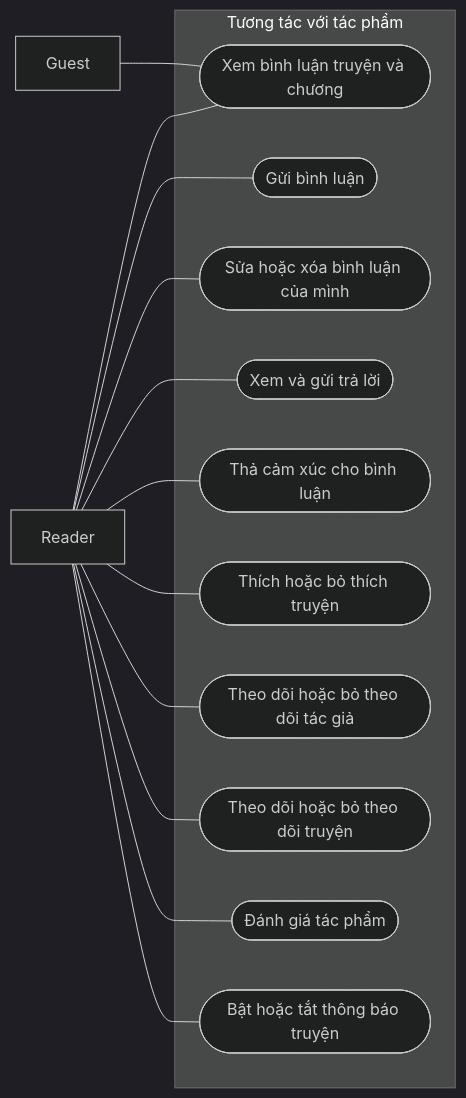
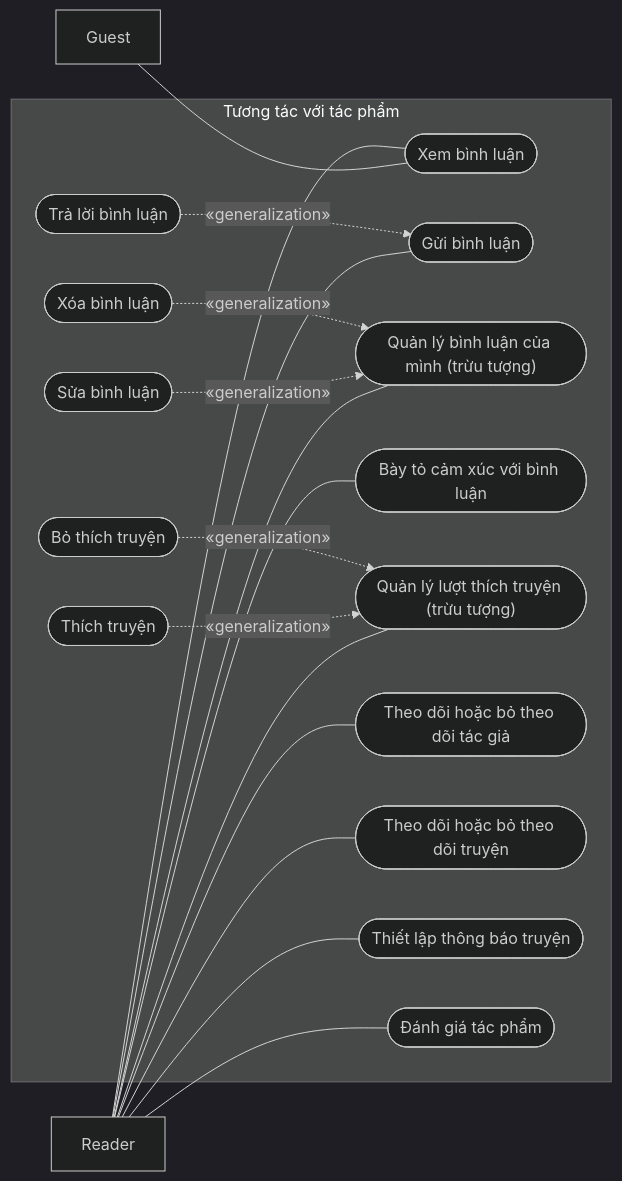
The second of 3 diagrams in docs/chuong-3-so-do/01a-usecase-doc-gia.md (Ephurin/Novel_sharing_platform), drawn with Mermaid (dark theme) before and after one commit. The commit also changed other lines of this file, not shown here.

Commit message:
docs: correct use case hierarchy and UML relationships

````diff
--- a/docs/chuong-3-so-do/01a-usecase-doc-gia.md
+++ b/docs/chuong-3-so-do/01a-usecase-doc-gia.md
@@ -46,28 +55,36 @@
 ```mermaid
 flowchart LR
     G["Guest"]
     R["Reader"]
     subgraph SYS["Tương tác với tác phẩm"]
-        U1(["Xem bình luận truyện và chương"])
+        U1(["Xem bình luận"])
         U2(["Gửi bình luận"])
-        U3(["Sửa hoặc xóa bình luận của mình"])
-        U4(["Xem và gửi trả lời"])
-        U5(["Thả cảm xúc cho bình luận"])
-        U6(["Thích hoặc bỏ thích truyện"])
-        U7(["Theo dõi hoặc bỏ theo dõi tác giả"])
-        U8(["Theo dõi hoặc bỏ theo dõi truyện"])
-        U9(["Đánh giá tác phẩm"])
-        U10(["Bật hoặc tắt thông báo truyện"])
+        U3(["Trả lời bình luận"])
+        U4(["Quản lý bình luận của mình (trừu tượng)"])
+        U5(["Sửa bình luận"])
+        U6(["Xóa bình luận"])
+        U7(["Bày tỏ cảm xúc với bình luận"])
+        U8(["Quản lý lượt thích truyện (trừu tượng)"])
+        U9(["Thích truyện"])
+        U10(["Bỏ thích truyện"])
+        U11(["Theo dõi hoặc bỏ theo dõi tác giả"])
+        U12(["Theo dõi hoặc bỏ theo dõi truyện"])
+        U13(["Thiết lập thông báo truyện"])
+        U14(["Đánh giá tác phẩm"])
     end
     G --- U1
     R --- U1
     R --- U2
-    R --- U3
     R --- U4
-    R --- U5
-    R --- U6
     R --- U7
     R --- U8
-    R --- U9
-    R --- U10
+    R --- U11
+    R --- U12
+    R --- U13
+    R --- U14
+    U3 -.->|"«generalization»"| U2
+    U5 -.->|"«generalization»"| U4
+    U6 -.->|"«generalization»"| U4
+    U9 -.->|"«generalization»"| U8
+    U10 -.->|"«generalization»"| U8
 ```
````
